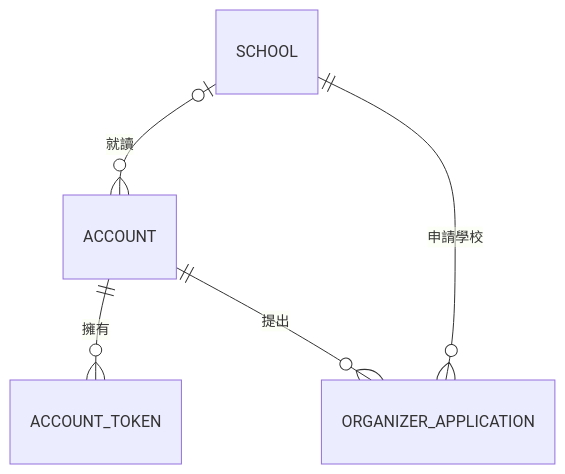
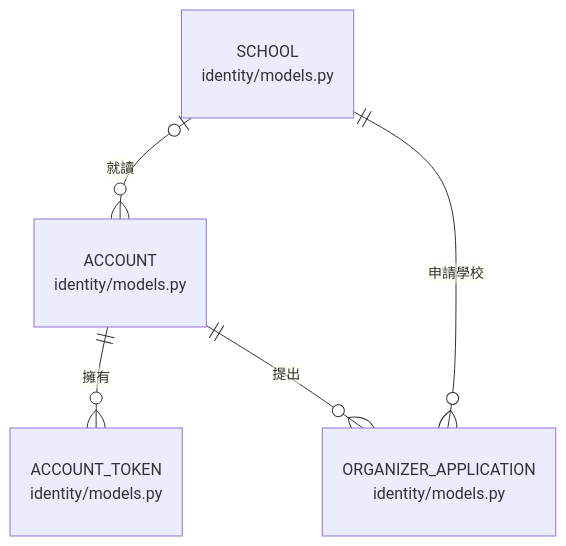
One commit to Team14good/esport-platform changed the fourth of 19 diagrams in docs/midterm/B-軟體需求分析文件.md. Above: the diagram before and after it, drawn with Mermaid. The commit also changed other lines of this file and 27 other files, not shown here.

First line of the commit message:
docs: B、C、D 其餘的圖全部對照程式標註 (#92)

````diff
--- a/docs/midterm/B-軟體需求分析文件.md
+++ b/docs/midterm/B-軟體需求分析文件.md
@@ -697,7 +705,11 @@
 ```mermaid
 erDiagram
+  SCHOOL["SCHOOL<br/>identity/models.py"]
+  ACCOUNT["ACCOUNT<br/>identity/models.py"]
+  ORGANIZER_APPLICATION["ORGANIZER_APPLICATION<br/>identity/models.py"]
+  ACCOUNT_TOKEN["ACCOUNT_TOKEN<br/>identity/models.py"]
   SCHOOL |o--o{ ACCOUNT : "就讀"
   SCHOOL ||--o{ ORGANIZER_APPLICATION : "申請學校"
   ACCOUNT ||--o{ ACCOUNT_TOKEN : "擁有"
   ACCOUNT ||--o{ ORGANIZER_APPLICATION : "提出"
 ```
````
